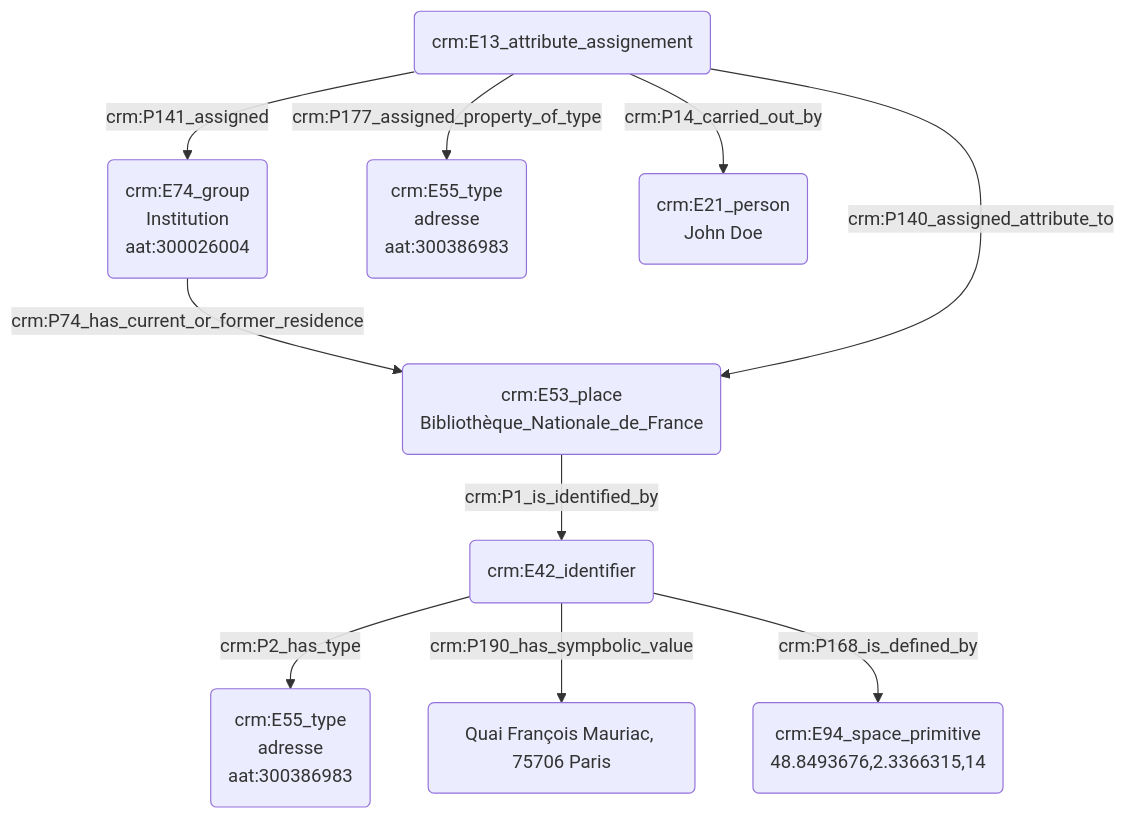
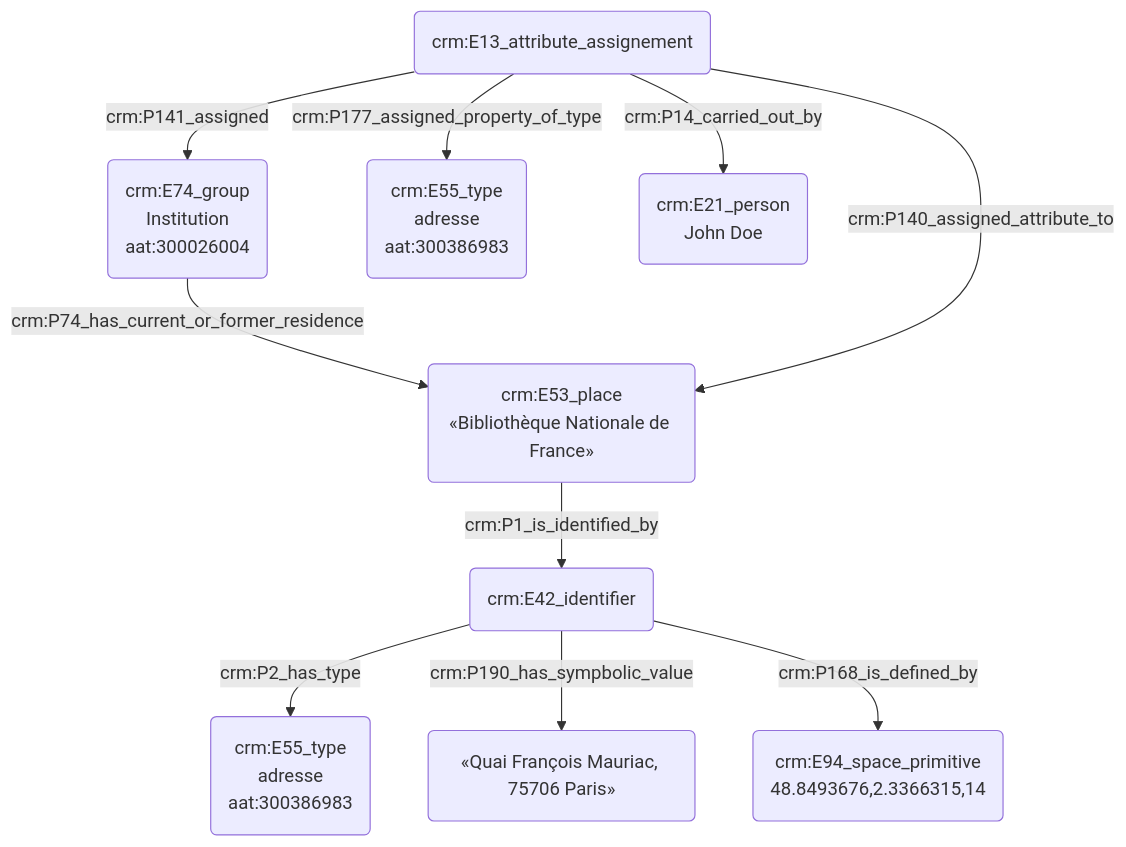
Before and after one commit to Amleth/consortium-musica2-gt2-ontologies: the diagram in modules/livrables/Dossier 2/Indexation conceptuelle/indexation_d_un_lieu.md, drawn with Mermaid.

````diff
--- a/modules/livrables/Dossier 2/Indexation conceptuelle/indexation_d_un_lieu.md
+++ b/modules/livrables/Dossier 2/Indexation conceptuelle/indexation_d_un_lieu.md
@@ -17,18 +17,18 @@
 ```mermaid
 graph TD;
 
 A(crm:E53_place<br>Bibliothèque_Nationale_de_France) --> |crm:P1_is_identified_by| B(crm:E42_identifier)
 B(crm:E42_identifier) --> |crm:P2_has_type| X(crm:E55_type<br>adresse<br>aat:300386983)
-B(crm:E42_identifier) --> |crm:P190_has_sympbolic_value| Y(Quai François Mauriac, 75706 Paris)
+B(crm:E42_identifier) --> |crm:P190_has_sympbolic_value| Y(«Quai François Mauriac, 75706 Paris»)
 B(crm:E42_identifier) --> |crm:P168_is_defined_by| Z(crm:E94_space_primitive<br>48.8493676,2.3366315,14)
 
 C(crm:E74_group<br>Institution<br>aat:300026004) --> |crm:P74_has_current_or_former_residence| A(crm:E53_place<br>Bibliothèque_Nationale_de_France)
 
 
-H(crm:E13_attribute_assignement) --> |crm:P140_assigned_attribute_to| A(crm:E53_place<br>Bibliothèque_Nationale_de_France) 
+H(crm:E13_attribute_assignement) --> |crm:P140_assigned_attribute_to| A(crm:E53_place<br>«Bibliothèque Nationale de France») 
 H(crm:E13_attribute_assignement) --> |crm:P141_assigned| C(crm:E74_group<br>Institution<br>aat:300026004)
 H(crm:E13_attribute_assignement) --> |crm:P177_assigned_property_of_type| K(crm:E55_type<br>adresse<br>aat:300386983)
 H(crm:E13_attribute_assignement) --> |crm:P14_carried_out_by| J(crm:E21_person<br>John Doe)
 
 
 ```
````
